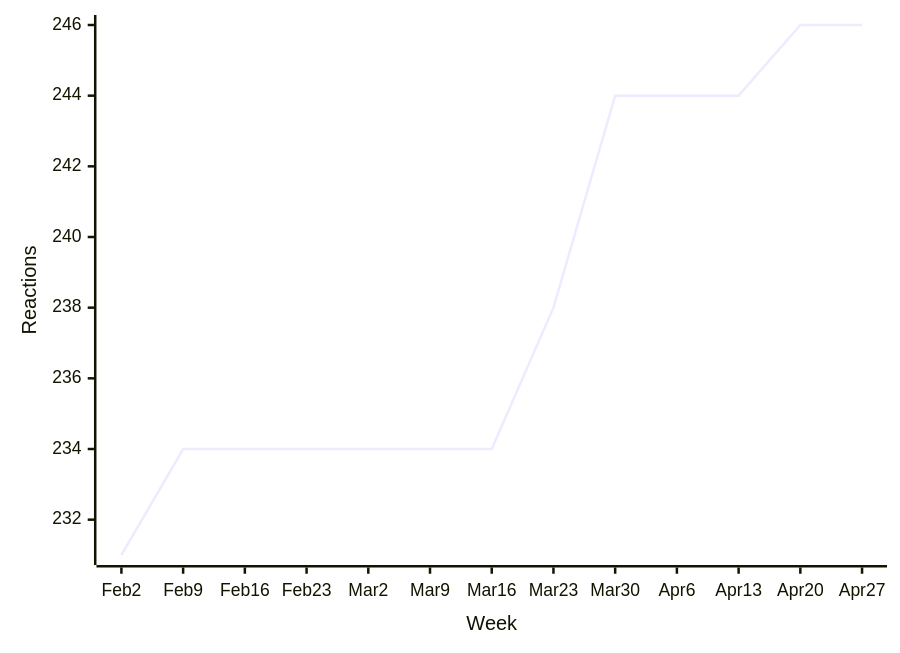
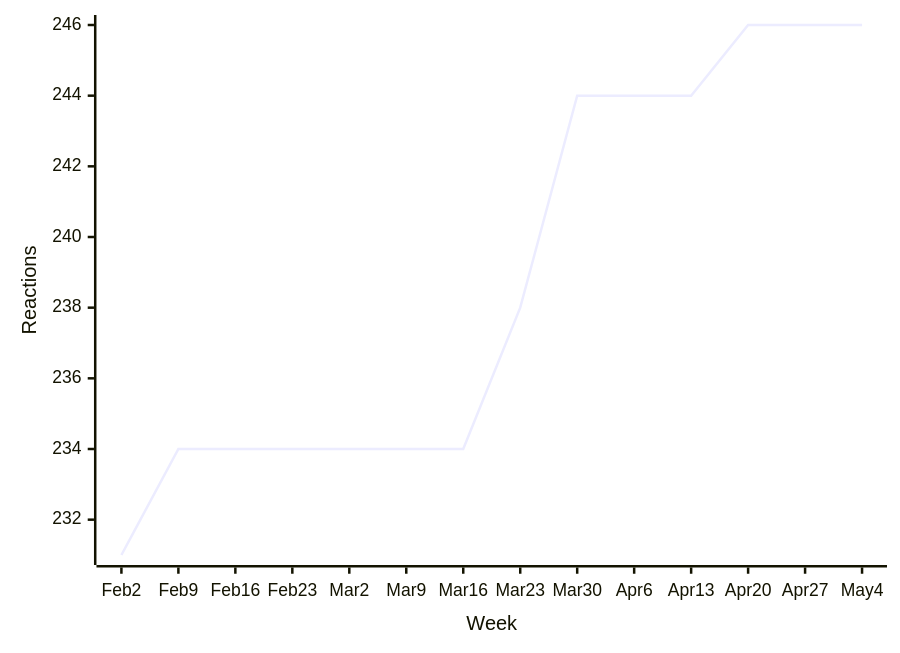
One commit to loic-sharma/github-insights changed diagram 11 of 56 in README.md. Above: the diagram before and after it, drawn with Mermaid. The commit also changed other lines of this file and 3 other files, not shown here.

````diff
--- a/README.md
+++ b/README.md
@@ -509,6 +509,6 @@
   ```mermaid
   xychart-beta
-    x-axis "Week" [Feb 2, Feb 9, Feb 16, Feb 23, Mar 2, Mar 9, Mar 16, Mar 23, Mar 30, Apr 6, Apr 13, Apr 20, Apr 27]
+    x-axis "Week" [Feb 2, Feb 9, Feb 16, Feb 23, Mar 2, Mar 9, Mar 16, Mar 23, Mar 30, Apr 6, Apr 13, Apr 20, Apr 27, May 4]
     y-axis "Reactions"
-    line [231, 234, 234, 234, 234, 234, 234, 238, 244, 244, 244, 246, 246]
+    line [231, 234, 234, 234, 234, 234, 234, 238, 244, 244, 244, 246, 246, 246]
   ```
````
